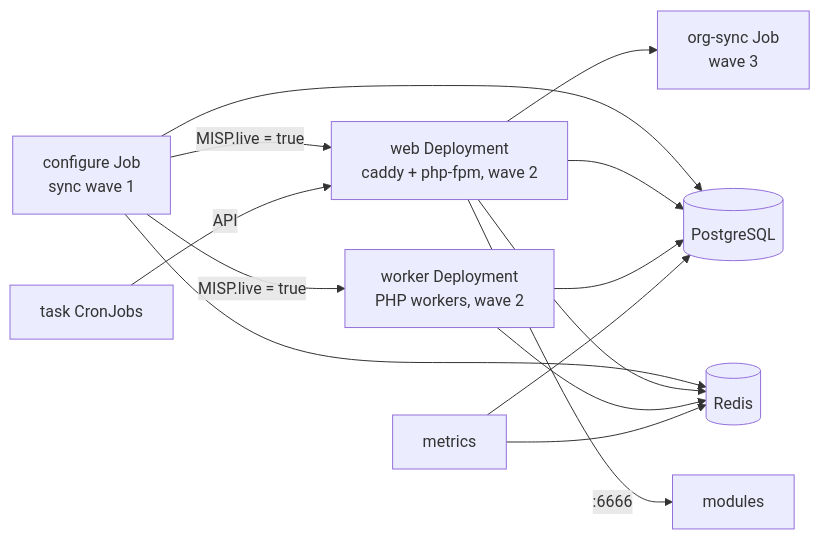
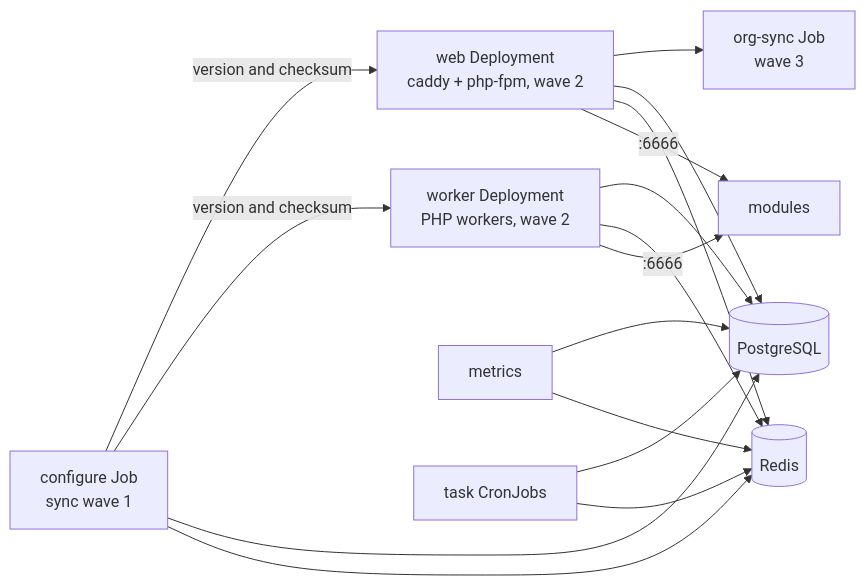
Before and after one commit to oivindoh/misp-container: the diagram in docs/architecture.md, drawn with Mermaid. The commit also changed other lines of this file and 17 other files, not shown here.

````diff
--- a/docs/architecture.md
+++ b/docs/architecture.md
@@ -13,16 +13,18 @@
 ```mermaid
 flowchart LR
-    cfg[configure Job<br/>sync wave 1] -->|MISP.live = true| web[web Deployment<br/>caddy + php-fpm, wave 2]
-    cfg -->|MISP.live = true| worker[worker Deployment<br/>PHP workers, wave 2]
+    cfg[configure Job<br/>sync wave 1] -->|version and checksum| web[web Deployment<br/>caddy + php-fpm, wave 2]
+    cfg -->|version and checksum| worker[worker Deployment<br/>PHP workers, wave 2]
     web --> sync[org-sync Job<br/>wave 3]
     cfg --> db[(PostgreSQL)]
     cfg --> redis[(Redis)]
     web --> db
     web --> redis
     worker --> db
     worker --> redis
     web -->|:6666| modules[modules]
+    worker -->|:6666| modules
     metrics[metrics] --> db
     metrics --> redis
-    tasks[task CronJobs] -->|API| web
+    tasks[task CronJobs] --> db
+    tasks --> redis
 ```
````
